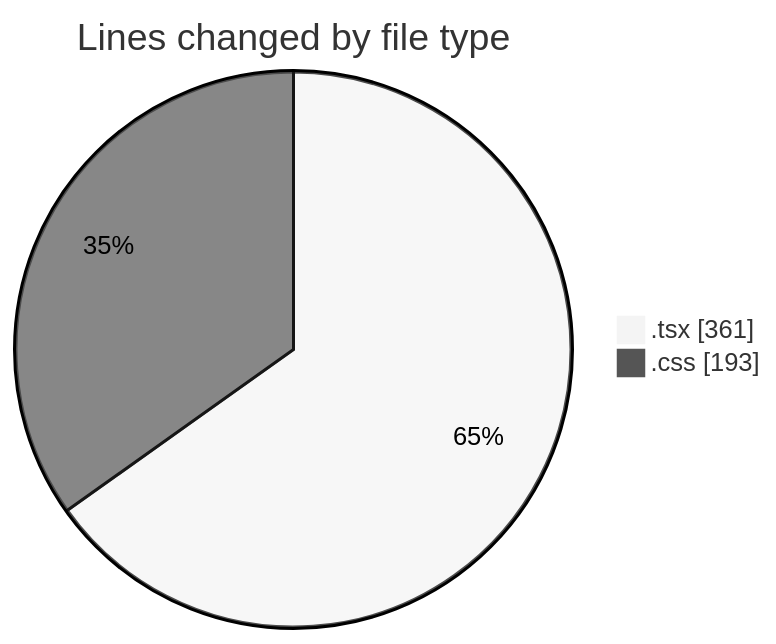
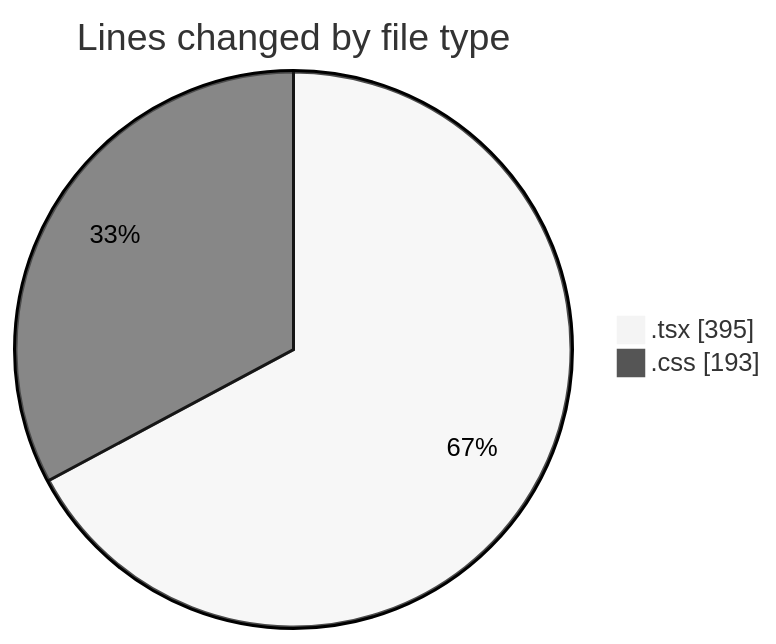
Before and after one commit to donsfak/code-tracking: the first of 2 diagrams in 2025-02-13/portofolio/README.md, drawn with Mermaid (neutral theme). The commit also changed other lines of this file and 1 other file, not shown here.

````diff
--- a/2025-02-13/portofolio/README.md
+++ b/2025-02-13/portofolio/README.md
@@ -21,6 +21,6 @@
 ```mermaid
 pie showData
 title Lines changed by file type
-".tsx" : 361
+".tsx" : 395
 ".css" : 193
 ```
````
